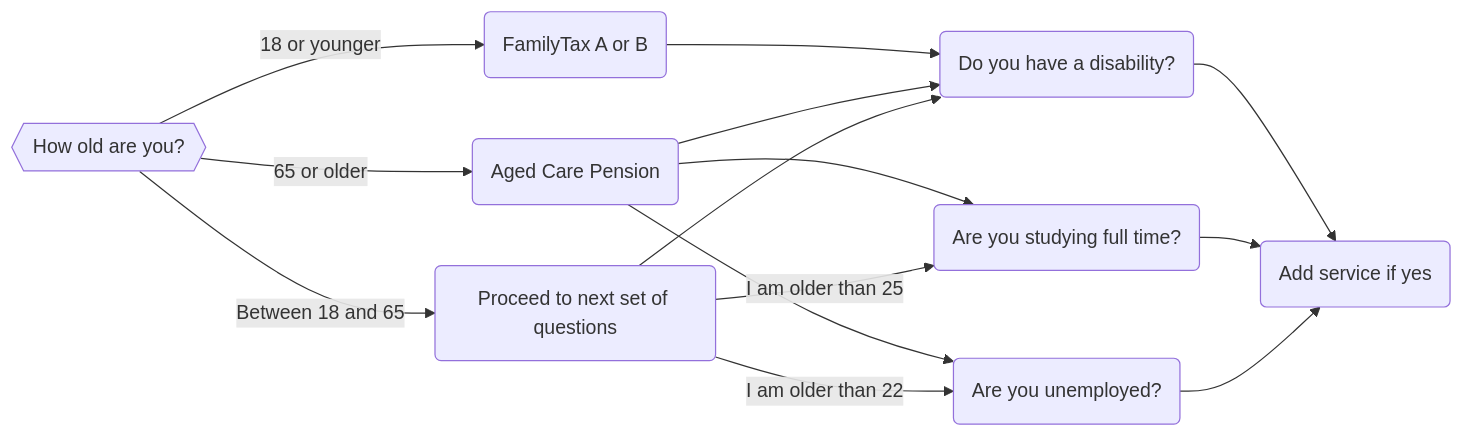
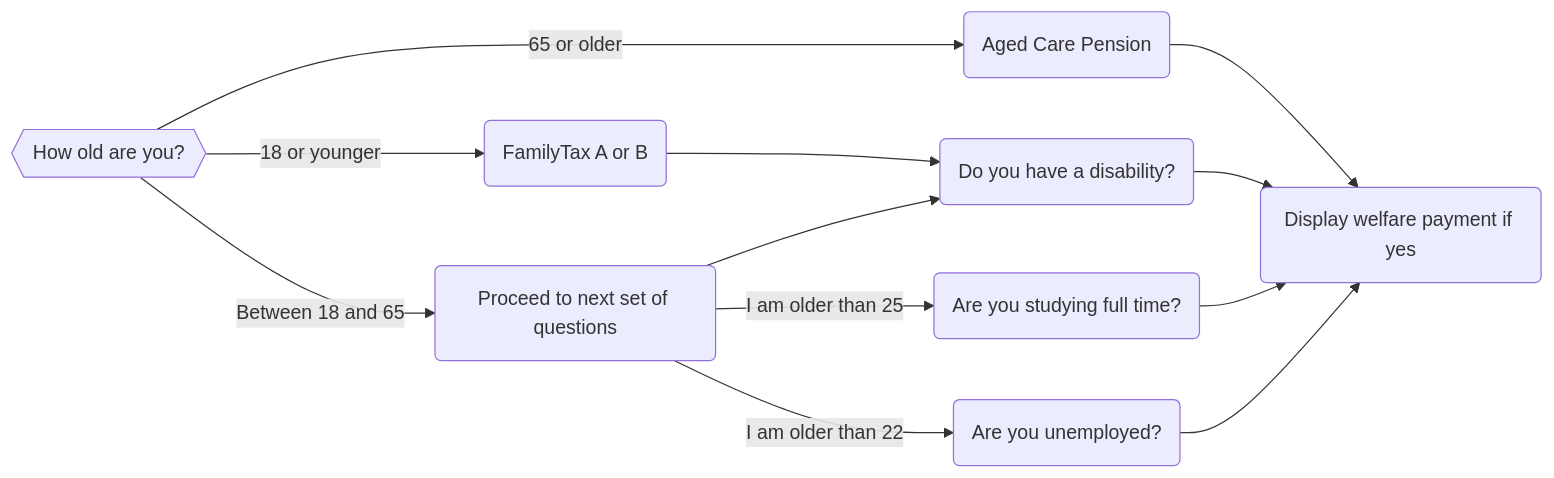
One commit to FlindersLaw/textbook changed the third of 3 diagrams in textbook-source/docs/textbook/chapter_04/00-50-ch3b-mako_if_statements.mdx. Above: the diagram before and after it, drawn with Mermaid. The commit also changed other lines of this file and 3 other files, not shown here.

````diff
--- a/textbook-source/docs/textbook/chapter_04/00-50-ch3b-mako_if_statements.mdx
+++ b/textbook-source/docs/textbook/chapter_04/00-50-ch3b-mako_if_statements.mdx
@@ -130,17 +132,15 @@
 ```mermaid
 flowchart LR;
     id1{{How old are you?}}
     id1 -- Between 18 and 65 --> id4(Proceed to next set of questions)
     id1 -- 65 or older --> id3(Aged Care Pension)
     id1 -- 18 or younger --> id2(FamilyTax A or B)
     id2 --> id5(Do you have a disability?)
-    id3 --> id5
-    id3 --> id6(Are you studying full time?)
-    id3 --> id7(Are you unemployed?)
+    id3 --> id8
     id4 --> id5
-    id4 -- I am older than 25 --> id6
-    id4 -- I am older than 22 --> id7
-    id5 --> id8(Add service if yes)
+    id4 -- I am older than 25 --> id6(Are you studying full time?)
+    id4 -- I am older than 22 --> id7(Are you unemployed?)
+    id5 --> id8(Display welfare payment if yes)
     id6 --> id8
     id7 --> id8
 ```
````
